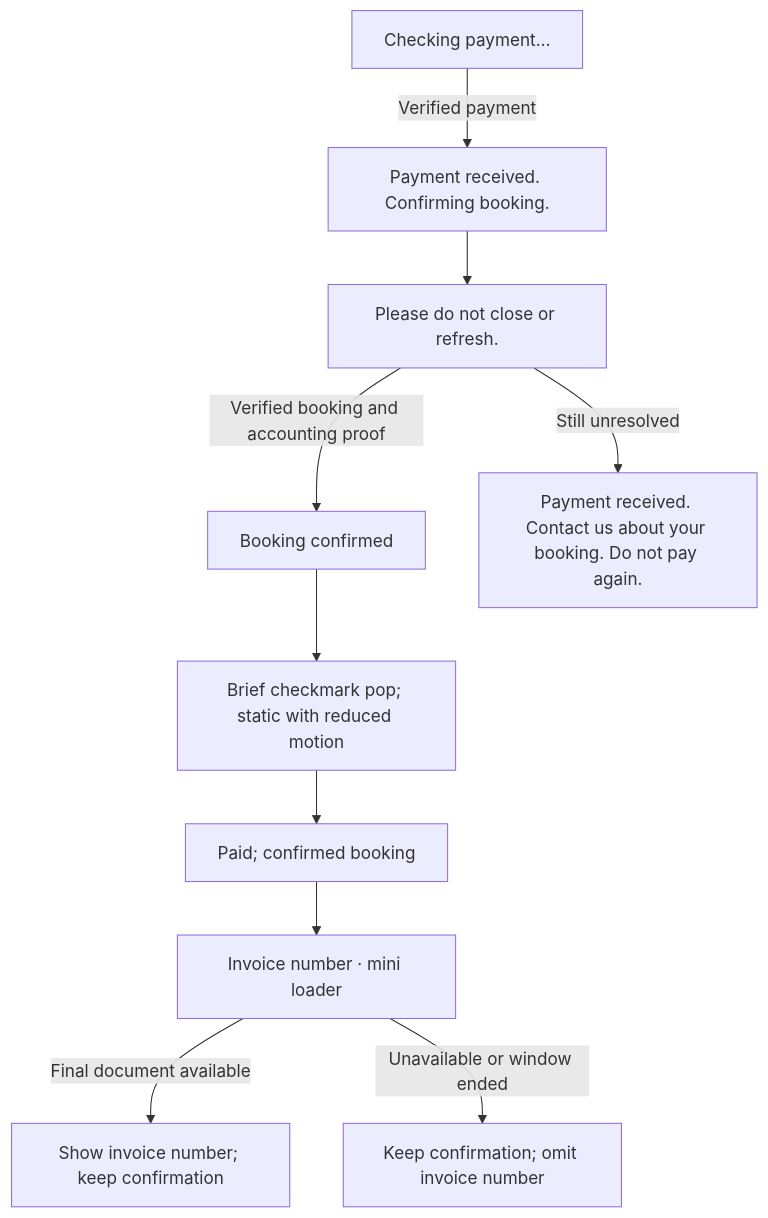
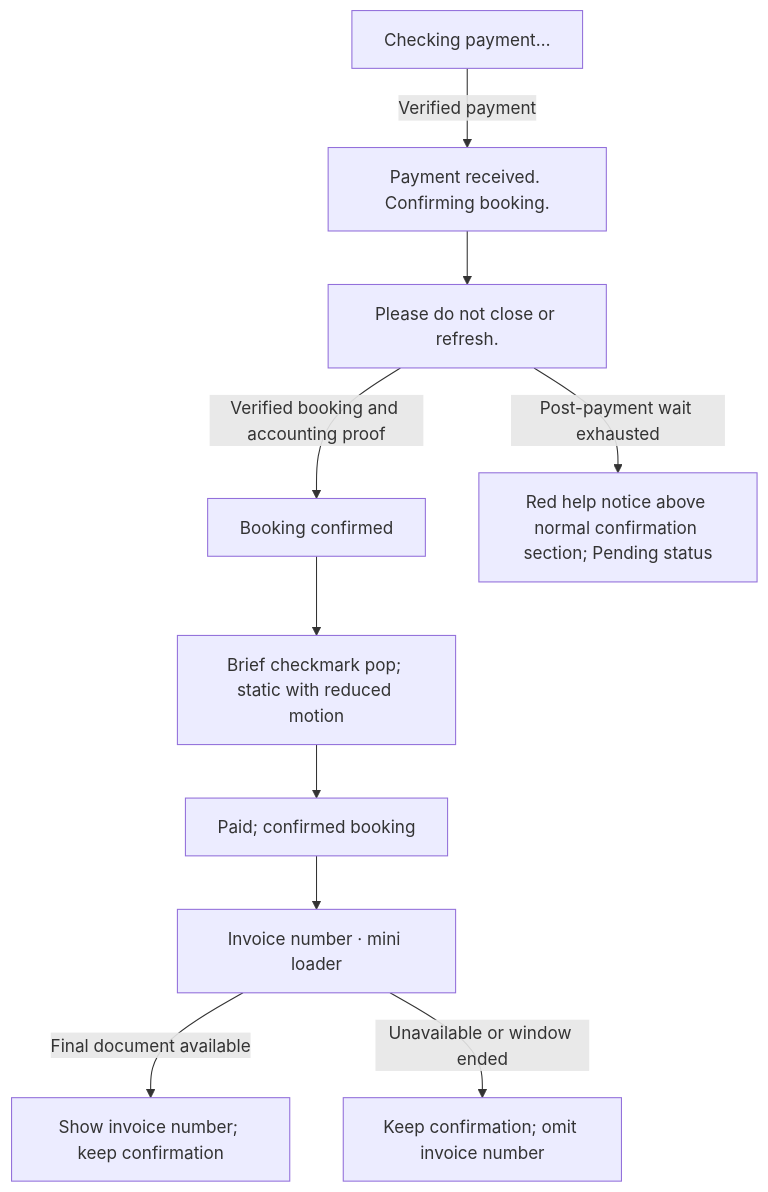
One commit to soccerbotstudiosg/soccerbotstudioSG changed the tenth of 19 diagrams in docs/booking-flows.md. Above: the diagram before and after it, drawn with Mermaid. The commit also changed other lines of this file and 20 other files, not shown here.

First line of the commit message:
Keep checkout recovery within the calendar and confirmation flows (#73)

````diff
--- a/docs/booking-flows.md
+++ b/docs/booking-flows.md
@@ -181,12 +181,12 @@
 ```mermaid
 flowchart TD
   A["Checking payment…"] -->|Verified payment| B["Payment received. Confirming booking."]
   B --> C["Please do not close or refresh."]
   C -->|Verified booking and accounting proof| D["Booking confirmed"]
   D --> E["Brief checkmark pop; static with reduced motion"]
   E --> F["Paid; confirmed booking"]
   F --> G["Invoice number · mini loader"]
   G -->|Final document available| H["Show invoice number; keep confirmation"]
   G -->|Unavailable or window ended| I["Keep confirmation; omit invoice number"]
-  C -->|Still unresolved| J["Payment received. Contact us about your booking. Do not pay again."]
+  C -->|Post-payment wait exhausted| J["Red help notice above normal confirmation section; Pending status"]
 ```
````
